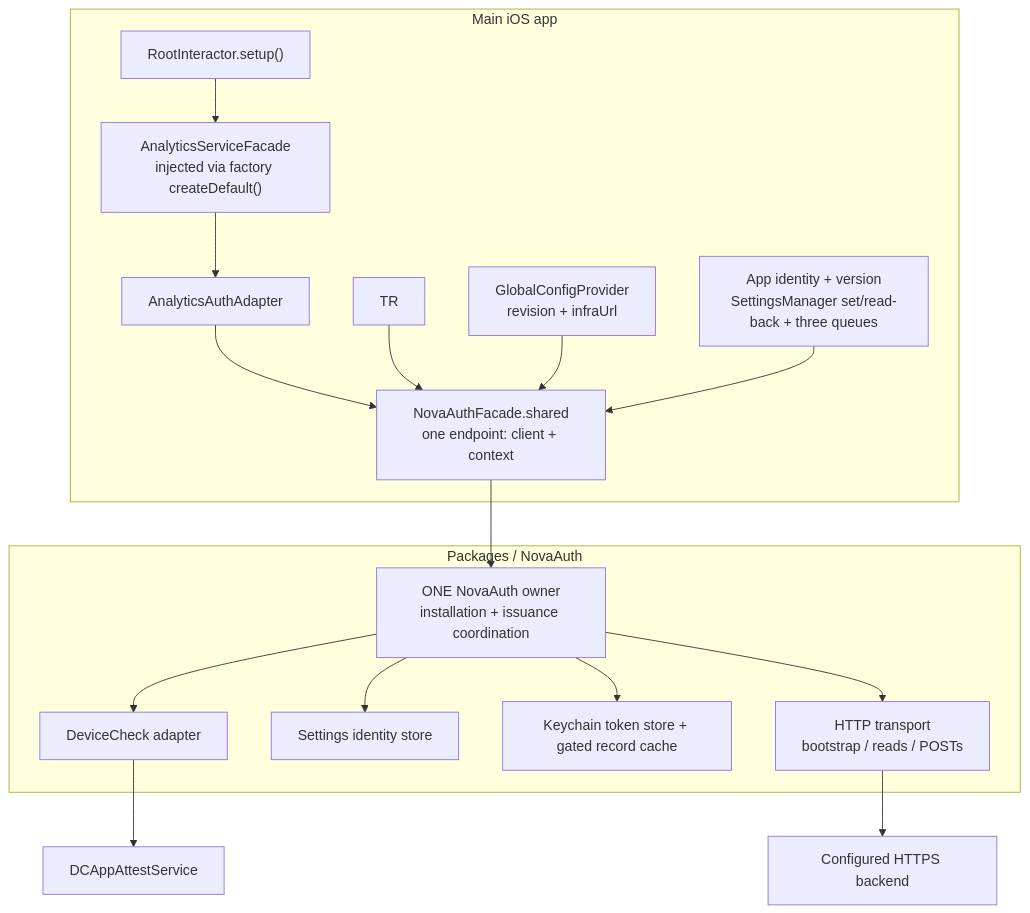
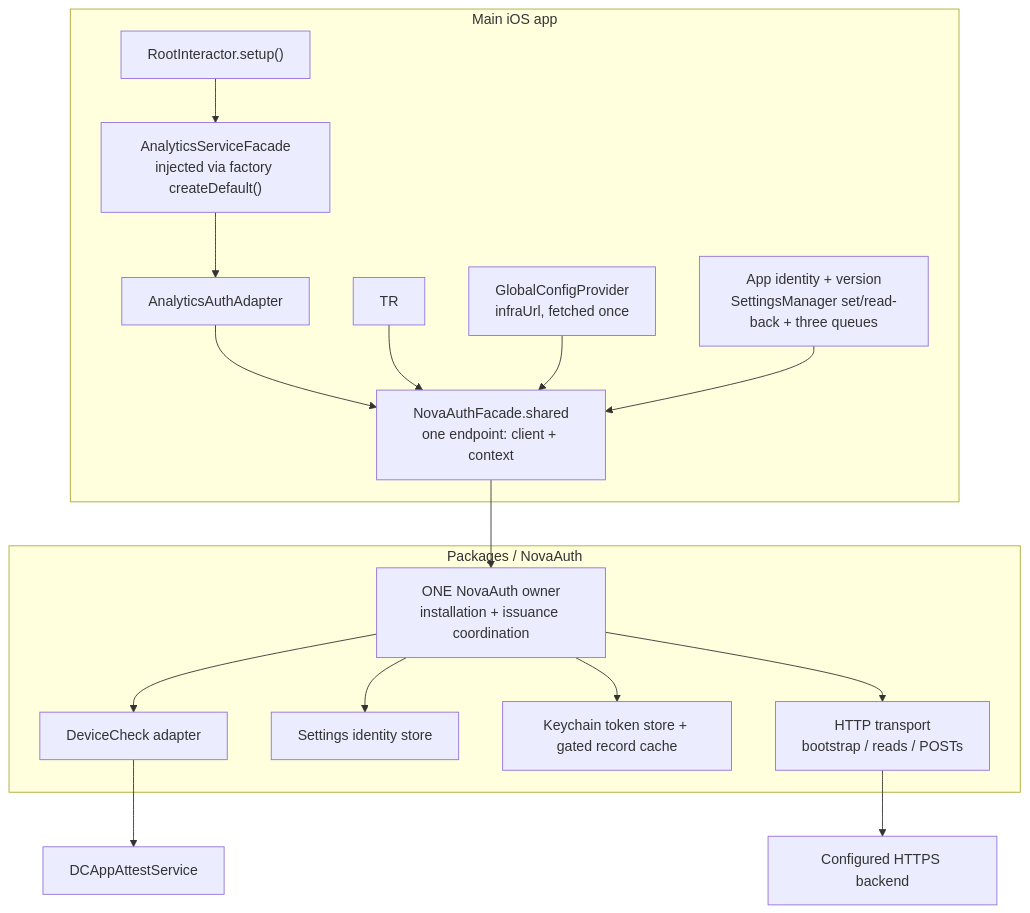
The first of 8 diagrams in .claude/docs/architecture/novaauth-client-diagrams.md (novasamatech/nova-wallet-ios), drawn with Mermaid before and after one commit. The commit also changed other lines of this file and 2 other files, not shown here.

````diff
--- a/.claude/docs/architecture/novaauth-client-diagrams.md
+++ b/.claude/docs/architecture/novaauth-client-diagrams.md
@@ -11,20 +11,20 @@
 ```mermaid
 flowchart TB
   subgraph APP["Main iOS app"]
     ROOT["RootInteractor.setup()"] --> AF["AnalyticsServiceFacade<br/>injected via factory createDefault()"]
     AF --> AA["AnalyticsAuthAdapter"]
     AA --> F["NovaAuthFacade.shared<br/>one endpoint: client + context"]
     TR --> F
-    CONFIG["GlobalConfigProvider<br/>revision + infraUrl"] --> F
+    CONFIG["GlobalConfigProvider<br/>infraUrl, fetched once"] --> F
     HOST["App identity + version<br/>SettingsManager set/read-back + three queues"] --> F
   end
   subgraph PACKAGE["Packages / NovaAuth"]
     F --> OWNER["ONE NovaAuth owner<br/>installation + issuance coordination"]
     OWNER --> APPLE["DeviceCheck adapter"]
     OWNER --> STATE["Settings identity store"]
     OWNER --> TOKEN["Keychain token store + gated record cache"]
     OWNER --> HTTP["HTTP transport<br/>bootstrap / reads / POSTs"]
   end
   HTTP --> BACKEND["Configured HTTPS backend"]
   APPLE --> OS["DCAppAttestService"]
 ```
````
